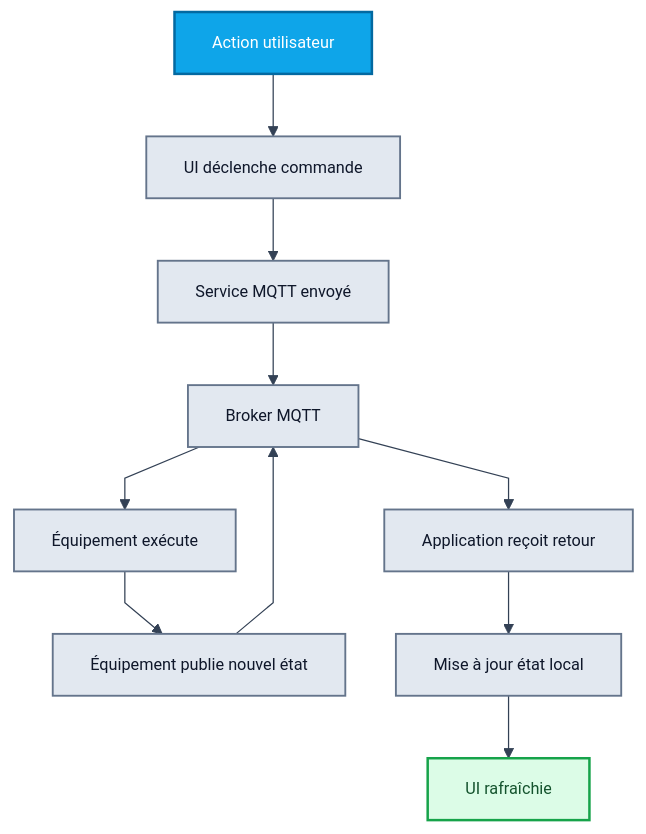
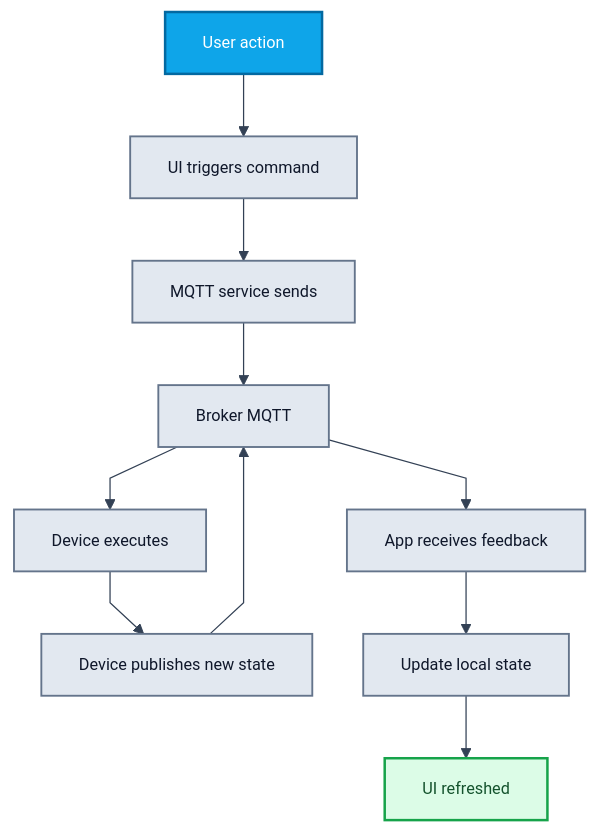
The third of 8 diagrams in LOGIGRAMMES_MERMAID.md (Kacper264/WaveControl-Mobile_App), drawn with Mermaid before and after one commit. The commit also changed other lines of this file and 41 other files, not shown here.

````diff
--- a/LOGIGRAMMES_MERMAID.md
+++ b/LOGIGRAMMES_MERMAID.md
@@ -98,38 +98,38 @@
 ```mermaid
 ---
 config:
   theme: base
   flowchart:
     nodeSpacing: 40
     rankSpacing: 50
     curve: linear
   themeVariables:
     fontSize: 13px
     lineColor: '#334155'
     primaryTextColor: '#0f172a'
     fontFamily: Inter,Segoe UI,Arial
   layout: dagre
 ---
 flowchart TB
-    A["Action utilisateur"] --> B["UI déclenche commande"]
-    B --> C["Service MQTT envoyé"]
+  A["User action"] --> B["UI triggers command"]
+  B --> C["MQTT service sends"]
     C --> D["Broker MQTT"]
-    D --> E["Équipement exécute"] & G["Application reçoit retour"]
-    E --> F["Équipement publie nouvel état"]
+  D --> E["Device executes"] & G["App receives feedback"]
+  E --> F["Device publishes new state"]
     F --> D
-    G --> H["Mise à jour état local"]
-    H --> I["UI rafraîchie"]
+  G --> H["Update local state"]
+  H --> I["UI refreshed"]
 
      A:::start
      B:::action
      C:::action
      D:::action
      E:::action
      G:::action
      F:::action
      H:::action
      I:::result
     classDef start fill:#0ea5e9,stroke:#0369a1,color:#ffffff,stroke-width:2px
     classDef action fill:#e2e8f0,stroke:#64748b,color:#0f172a,stroke-width:1.5px
     classDef result fill:#dcfce7,stroke:#16a34a,color:#14532d,stroke-width:2px
 ```
````
